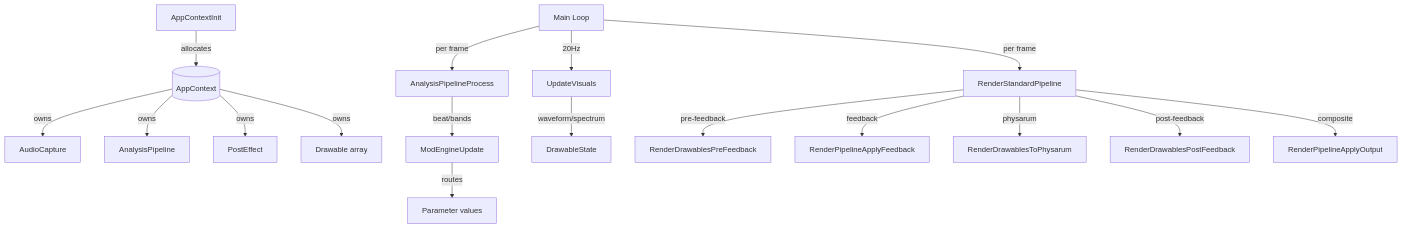
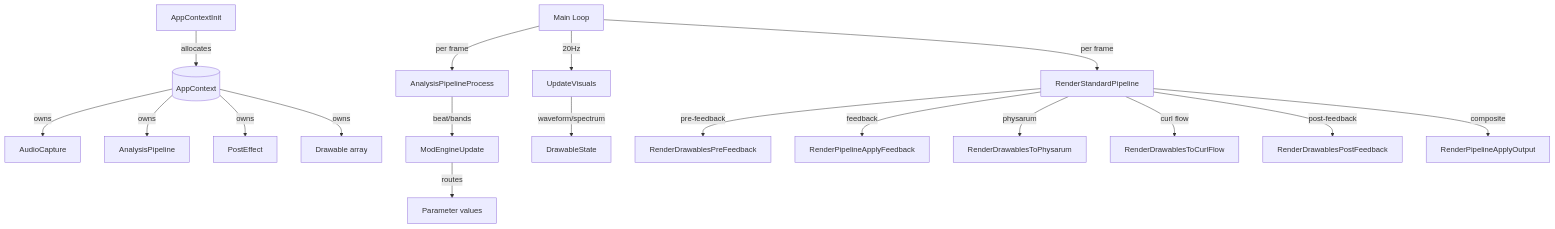
One commit to EvanLavender13/audio-jones changed the diagram in docs/modules/main.md. Above: the diagram before and after it, drawn with Mermaid. The commit also changed other lines of this file and 8 other files, not shown here.

First line of the commit message:
Sync architecture docs with simulation module extraction

````diff
--- a/docs/modules/main.md
+++ b/docs/modules/main.md
@@ -11,22 +11,23 @@
 ```mermaid
 graph TD
     Init[AppContextInit] -->|allocates| Ctx[(AppContext)]
     Ctx -->|owns| Audio[AudioCapture]
     Ctx -->|owns| Analysis[AnalysisPipeline]
     Ctx -->|owns| Post[PostEffect]
     Ctx -->|owns| Drawables[Drawable array]
 
     Loop[Main Loop] -->|per frame| AudioProc[AnalysisPipelineProcess]
     AudioProc -->|beat/bands| ModUpdate[ModEngineUpdate]
     ModUpdate -->|routes| Params[Parameter values]
 
     Loop -->|20Hz| Visuals[UpdateVisuals]
     Visuals -->|waveform/spectrum| DrawState[DrawableState]
 
     Loop -->|per frame| Render[RenderStandardPipeline]
     Render -->|pre-feedback| PreDraw[RenderDrawablesPreFeedback]
     Render -->|feedback| Feedback[RenderPipelineApplyFeedback]
     Render -->|physarum| PhysarumDraw[RenderDrawablesToPhysarum]
+    Render -->|curl flow| CurlDraw[RenderDrawablesToCurlFlow]
     Render -->|post-feedback| PostDraw[RenderDrawablesPostFeedback]
     Render -->|composite| Output[RenderPipelineApplyOutput]
 ```
````
